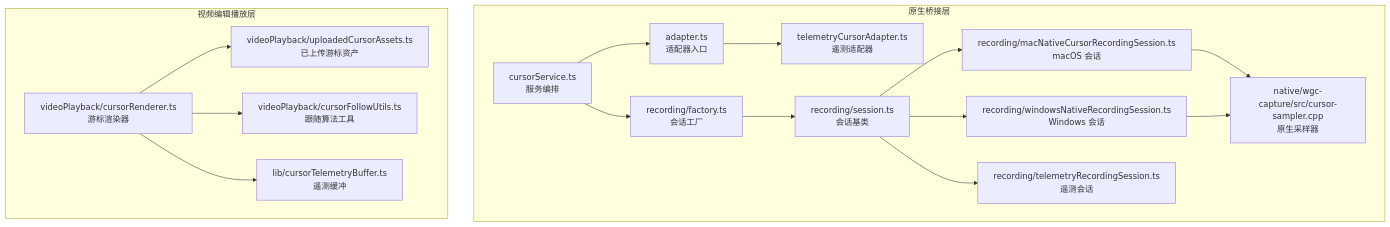
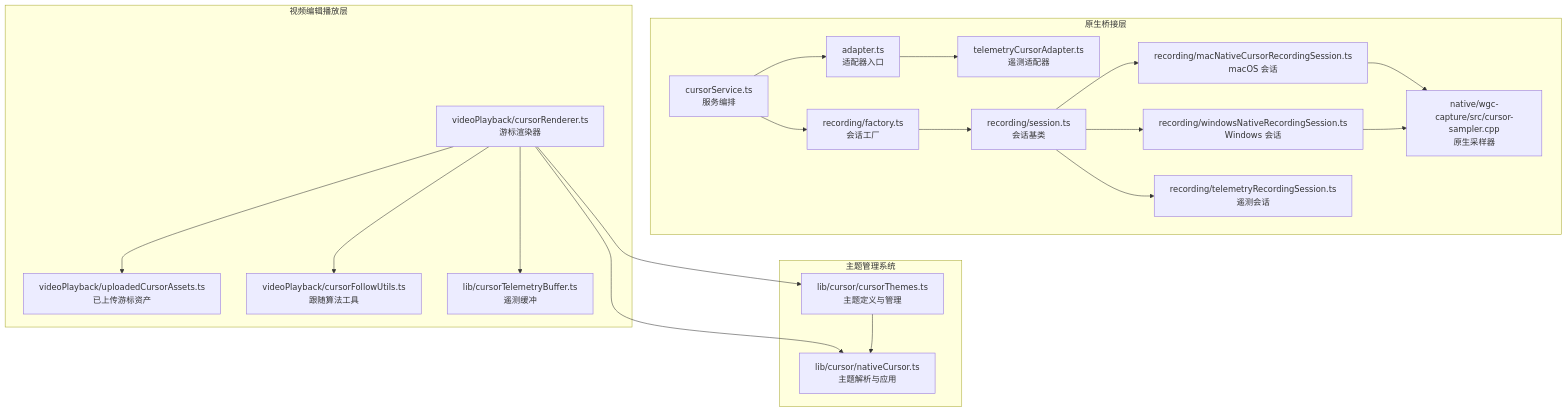
Before and after one commit to zhanggmin/openscreen: the first of 9 diagrams in .qoder/repowiki/zh/content/游标遥测系统/游标资产管理系统.md, drawn with Mermaid. The commit also changed other lines of this file and 68 other files, not shown here.

Commit message:
开发图文编辑功能

````diff
--- a/.qoder/repowiki/zh/content/游标遥测系统/游标资产管理系统.md
+++ b/.qoder/repowiki/zh/content/游标遥测系统/游标资产管理系统.md
@@ -51,32 +64,39 @@
 ```mermaid
 graph TB
 subgraph "原生桥接层"
 A["cursorService.ts<br/>服务编排"]
 B["adapter.ts<br/>适配器入口"]
 C["telemetryCursorAdapter.ts<br/>遥测适配器"]
 D["recording/factory.ts<br/>会话工厂"]
 E["recording/session.ts<br/>会话基类"]
 F["recording/macNativeCursorRecordingSession.ts<br/>macOS 会话"]
 G["recording/windowsNativeRecordingSession.ts<br/>Windows 会话"]
 H["recording/telemetryRecordingSession.ts<br/>遥测会话"]
 I["native/wgc-capture/src/cursor-sampler.cpp<br/>原生采样器"]
 end
 subgraph "视频编辑播放层"
 J["videoPlayback/cursorRenderer.ts<br/>游标渲染器"]
 K["videoPlayback/uploadedCursorAssets.ts<br/>已上传游标资产"]
 L["videoPlayback/cursorFollowUtils.ts<br/>跟随算法工具"]
 M["lib/cursorTelemetryBuffer.ts<br/>遥测缓冲"]
 end
+subgraph "主题管理系统"
+N["lib/cursor/cursorThemes.ts<br/>主题定义与管理"]
+O["lib/cursor/nativeCursor.ts<br/>主题解析与应用"]
+end
 A --> B
 B --> C
 A --> D
 D --> E
 E --> F
 E --> G
 E --> H
 F --> I
 G --> I
 J --> K
 J --> L
 J --> M
+J --> N
+J --> O
+N --> O
 ```
````
